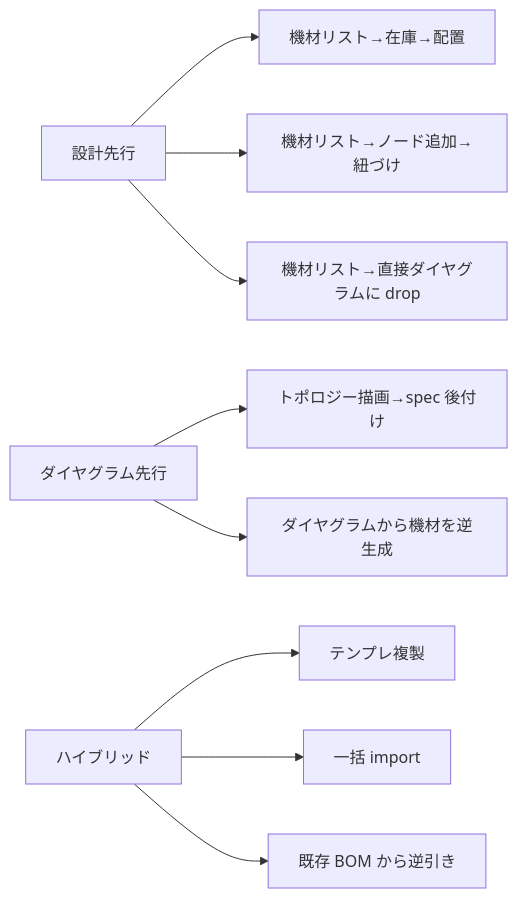
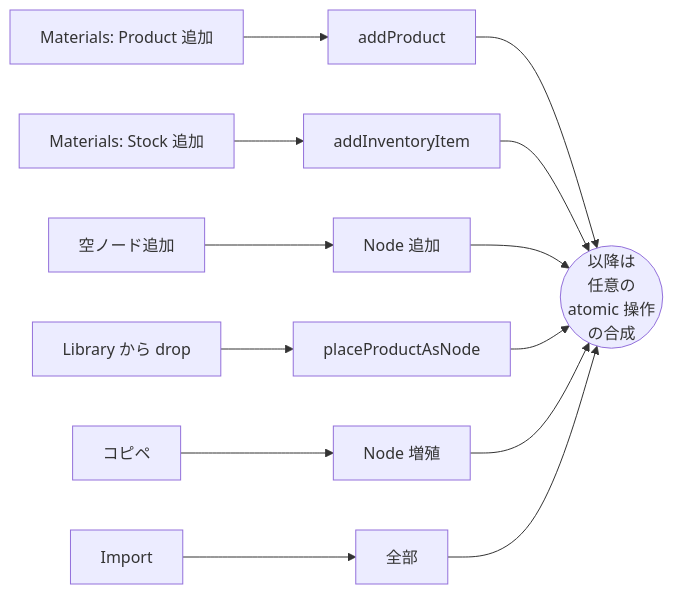
The second of 5 diagrams in apps/editor/docs/materials-flow.md (konoe-akitoshi/shumoku), drawn with Mermaid before and after one commit. The commit also changed other lines of this file, not shown here.

First line of the commit message:
docs(editor): rework materials-flow as state graph + close Q5/Q6

````diff
--- a/apps/editor/docs/materials-flow.md
+++ b/apps/editor/docs/materials-flow.md
@@ -11,13 +84,16 @@
 ```mermaid
 flowchart LR
-  S[設計先行] --> SA[機材リスト→在庫→配置]
-  S --> SB[機材リスト→ノード追加→紐づけ]
-  S --> SC[機材リスト→直接ダイヤグラムに drop]
+  E1[Materials: Product 追加] --> O1[addProduct]
+  E2[Materials: Stock 追加] --> O2[addInventoryItem]
+  E3[空ノード追加] --> O3[Node 追加]
+  E4[Library から drop] --> O4[placeProductAsNode]
+  E5[コピペ] --> O5[Node 増殖]
+  E6[Import] --> Oall[全部]
 
-  D[ダイヤグラム先行] --> DA[トポロジー描画→spec 後付け]
-  D --> DB[ダイヤグラムから機材を逆生成]
-
-  H[ハイブリッド] --> HA[テンプレ複製]
-  H --> HB[一括 import]
-  H --> HC[既存 BOM から逆引き]
+  O1 --> Loop((以降は<br/>任意の<br/>atomic 操作<br/>の合成))
+  O2 --> Loop
+  O3 --> Loop
+  O4 --> Loop
+  O5 --> Loop
+  Oall --> Loop
 ```
````
